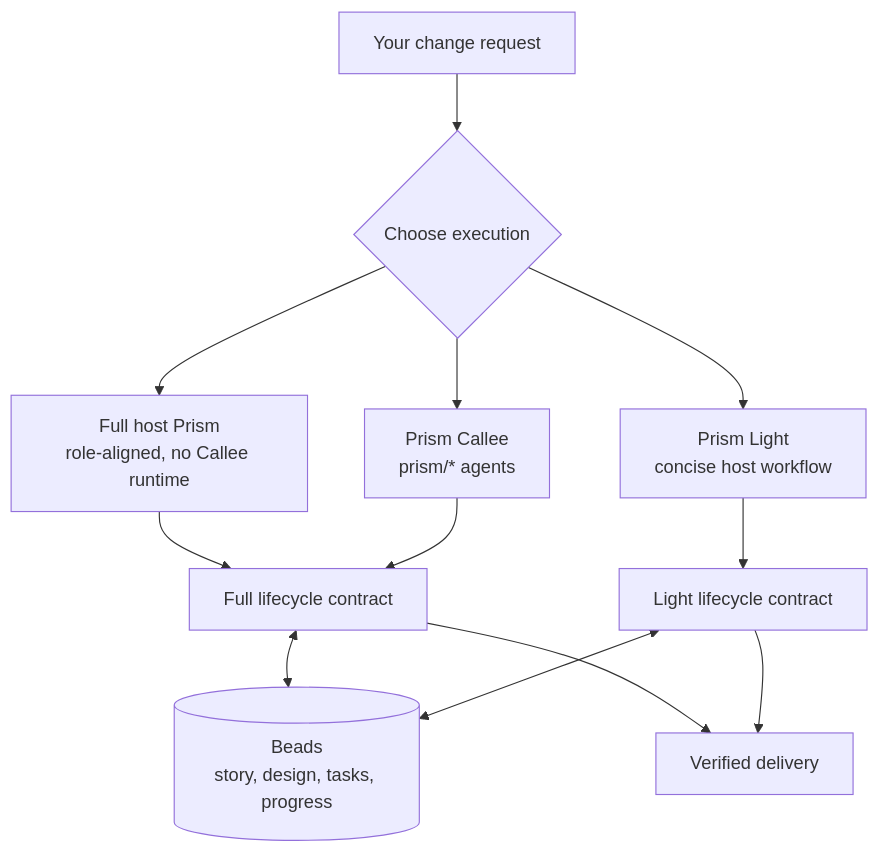
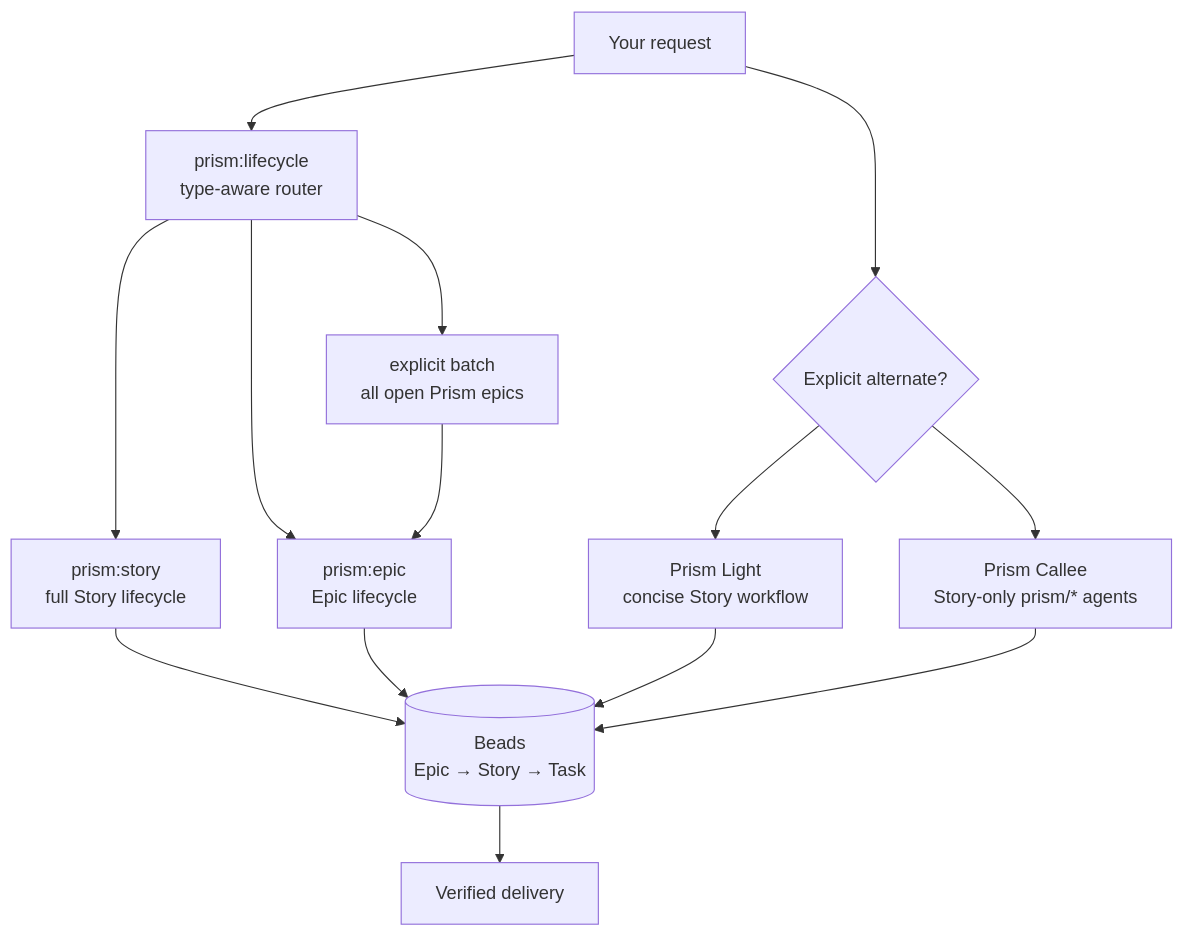
One commit to baldaworks/prism changed the second of 2 diagrams in README.md. Above: the diagram before and after it, drawn with Mermaid. The commit also changed other lines of this file and 81 other files, not shown here.

Commit message:
feat(prism): add story and epic lifecycles

````diff
--- a/README.md
+++ b/README.md
@@ -57,14 +57,16 @@
 ```mermaid
 flowchart TB
-    I["Your change request"] --> C{"Choose execution"}
-    C --> H["Full host Prism<br/>role-aligned, no Callee runtime"]
-    C --> T["Prism Light<br/>concise host workflow"]
-    C --> W["Prism Callee<br/>prism/* agents"]
-    H --> F["Full lifecycle contract"]
-    W --> F
-    T --> L["Light lifecycle contract"]
-    F <--> B[("Beads<br/>story, design, tasks, progress")]
-    L <--> B
-    F --> O["Verified delivery"]
-    L --> O
+    I["Your request"] --> R["prism:lifecycle<br/>type-aware router"]
+    R --> S["prism:story<br/>full Story lifecycle"]
+    R --> E["prism:epic<br/>Epic lifecycle"]
+    R --> X["explicit batch<br/>all open Prism epics"]
+    I --> C{"Explicit alternate?"}
+    C --> T["Prism Light<br/>concise Story workflow"]
+    C --> W["Prism Callee<br/>Story-only prism/* agents"]
+    S --> B[("Beads<br/>Epic → Story → Task")]
+    E --> B
+    X --> E
+    T --> B
+    W --> B
+    B --> O["Verified delivery"]
 ```
````
